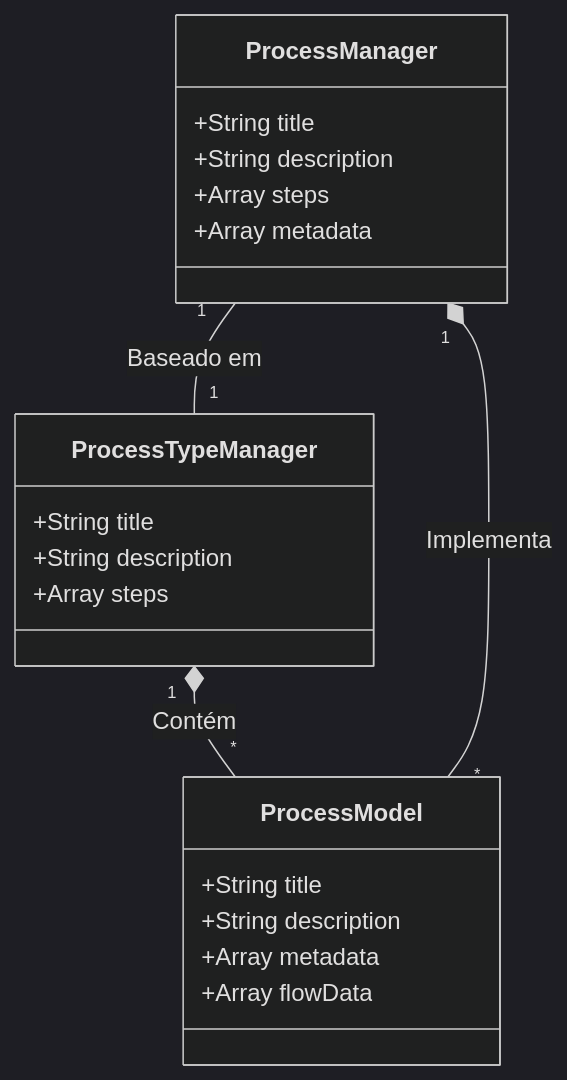
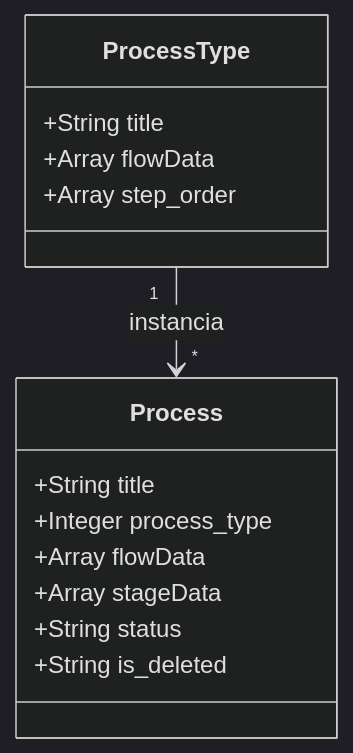
Before and after one commit to Nocs-lab/Obatala: the second of 2 diagrams in mk-docs/docs/posts-customizados.md, drawn with Mermaid (dark theme). The commit also changed other lines of this file and 28 other files, not shown here.

````diff
--- a/mk-docs/docs/posts-customizados.md
+++ b/mk-docs/docs/posts-customizados.md
@@ -63,26 +50,19 @@
 ```mermaid
 classDiagram
-    class ProcessModel {
+    class ProcessType {
         +String title
-        +String description
-        +Array metadata
         +Array flowData
+        +Array step_order
     }
-    
-    class ProcessTypeManager {
+
+    class Process {
         +String title
-        +String description
-        +Array steps
+        +Integer process_type
+        +Array flowData
+        +Array stageData
+        +String status
+        +String is_deleted
     }
-    
-    class ProcessManager {
-        +String title
-        +String description
-        +Array steps
-        +Array metadata
-    }
-    
-    ProcessTypeManager "1" *-- "*" ProcessModel : Contém
-    ProcessManager "1" -- "1" ProcessTypeManager : Baseado em
-    ProcessManager "1" *-- "*" ProcessModel : Implementa
+
+    ProcessType "1" --> "*" Process : instancia
 ```
````
